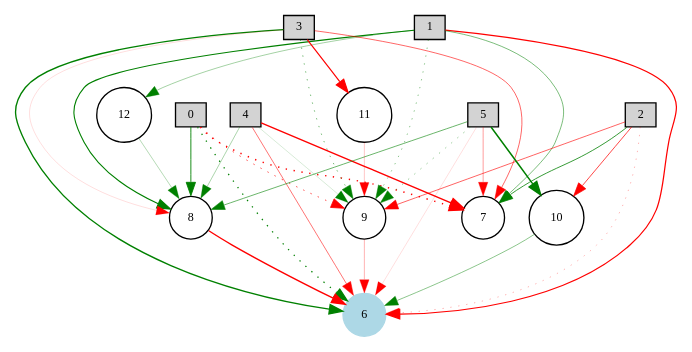
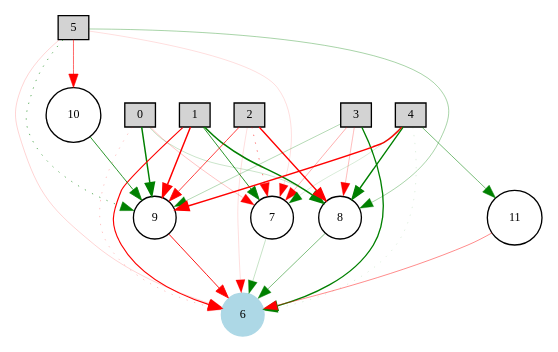
The diagram in 2015-2016/neat_ai/nn_winner.gv (arkadyark/PongAI), drawn with Graphviz before and after one commit. The commit also changed 25 other files, not shown here.

```diff
--- a/2015-2016/neat_ai/nn_winner.gv
+++ b/2015-2016/neat_ai/nn_winner.gv
@@ -1,42 +1,41 @@
 digraph {
 	node [fontsize=9 height=0.2 shape=circle width=0.2]
 		0 [shape=box style=filled]
 		1 [shape=box style=filled]
 		2 [shape=box style=filled]
 		3 [shape=box style=filled]
 		4 [shape=box style=filled]
 		5 [shape=box style=filled]
 		6 [color=lightblue style=filled]
-			5 -> 9 [color=green penwidth=0.344780739807 style=dotted]
-			4 -> 7 [color=red penwidth=1.05332802698 style=solid]
-			4 -> 8 [color=green penwidth=0.250861538244 style=solid]
-			5 -> 6 [color=red penwidth=0.102260877668 style=solid]
-			10 -> 6 [color=green penwidth=0.344086376822 style=solid]
-			3 -> 11 [color=red penwidth=0.873056754317 style=solid]
-			0 -> 7 [color=red penwidth=1.1 style=dotted]
-			1 -> 6 [color=red penwidth=0.920977682686 style=solid]
-			3 -> 7 [color=red penwidth=0.452952467909 style=solid]
-			5 -> 8 [color=green penwidth=0.438267523654 style=solid]
-			4 -> 9 [color=green penwidth=0.115423882877 style=solid]
-			2 -> 9 [color=red penwidth=0.459237041647 style=solid]
-			3 -> 6 [color=green penwidth=1.01471841512 style=solid]
-			8 -> 6 [color=red penwidth=1.04926084947 style=solid]
-			2 -> 6 [color=red penwidth=0.232820350119 style=dotted]
-			11 -> 9 [color=red penwidth=0.165003001039 style=solid]
-			2 -> 10 [color=red penwidth=0.538969277876 style=solid]
-			3 -> 9 [color=green penwidth=0.415978053773 style=dotted]
-			1 -> 9 [color=green penwidth=0.353262552497 style=dotted]
-			0 -> 8 [color=green penwidth=0.675013541927 style=solid]
-			9 -> 6 [color=red penwidth=0.234851502905 style=solid]
-			2 -> 7 [color=green penwidth=0.591565009035 style=solid]
-			5 -> 10 [color=green penwidth=1.1 style=solid]
-			4 -> 6 [color=red penwidth=0.414949001389 style=solid]
-			1 -> 12 [color=green penwidth=0.270460170766 style=solid]
-			5 -> 7 [color=red penwidth=0.294969932647 style=solid]
-			3 -> 8 [color=red penwidth=0.104028110346 style=solid]
-			0 -> 6 [color=green penwidth=0.957167855612 style=dotted]
-			1 -> 8 [color=green penwidth=0.820212865783 style=solid]
-			1 -> 7 [color=green penwidth=0.390641375753 style=solid]
-			0 -> 9 [color=red penwidth=0.577391684383 style=dotted]
-			12 -> 8 [color=green penwidth=0.220915704213 style=solid]
+			5 -> 9 [color=green penwidth=0.447821394303 style=dotted]
+			4 -> 7 [color=green penwidth=0.12223112079 style=solid]
+			4 -> 8 [color=green penwidth=1.03039774423 style=solid]
+			5 -> 6 [color=red penwidth=0.128313712359 style=solid]
+			2 -> 8 [color=red penwidth=0.992174455445 style=solid]
+			0 -> 7 [color=red penwidth=0.181136802415 style=solid]
+			1 -> 6 [color=red penwidth=0.876361536796 style=solid]
+			3 -> 7 [color=red penwidth=0.23663591882 style=solid]
+			5 -> 8 [color=green penwidth=0.264509623683 style=solid]
+			4 -> 9 [color=red penwidth=1.1 style=solid]
+			2 -> 9 [color=red penwidth=0.56356219186 style=solid]
+			7 -> 6 [color=green penwidth=0.165585300342 style=solid]
+			3 -> 6 [color=green penwidth=0.999734995422 style=solid]
+			8 -> 6 [color=green penwidth=0.376710483828 style=solid]
+			10 -> 9 [color=green penwidth=0.617056390366 style=solid]
+			2 -> 6 [color=red penwidth=0.10342865607 style=solid]
+			3 -> 9 [color=green penwidth=0.221573385783 style=solid]
+			1 -> 9 [color=red penwidth=1.1 style=solid]
+			0 -> 8 [color=green penwidth=0.159706728741 style=solid]
+			9 -> 6 [color=red penwidth=0.689426472457 style=solid]
+			4 -> 11 [color=green penwidth=0.395548660193 style=solid]
+			2 -> 7 [color=red penwidth=0.398673996611 style=dotted]
+			5 -> 10 [color=red penwidth=0.453607877026 style=solid]
+			4 -> 6 [color=green penwidth=0.100020454994 style=dotted]
+			5 -> 7 [color=red penwidth=0.102051612322 style=solid]
+			3 -> 8 [color=red penwidth=0.197342748691 style=solid]
+			0 -> 6 [color=red penwidth=0.176080828106 style=dotted]
+			1 -> 8 [color=green penwidth=1.1 style=solid]
+			1 -> 7 [color=green penwidth=0.61584828945 style=solid]
+			0 -> 9 [color=green penwidth=1.1 style=solid]
+			11 -> 6 [color=red penwidth=0.335219445727 style=solid]
 }
```
